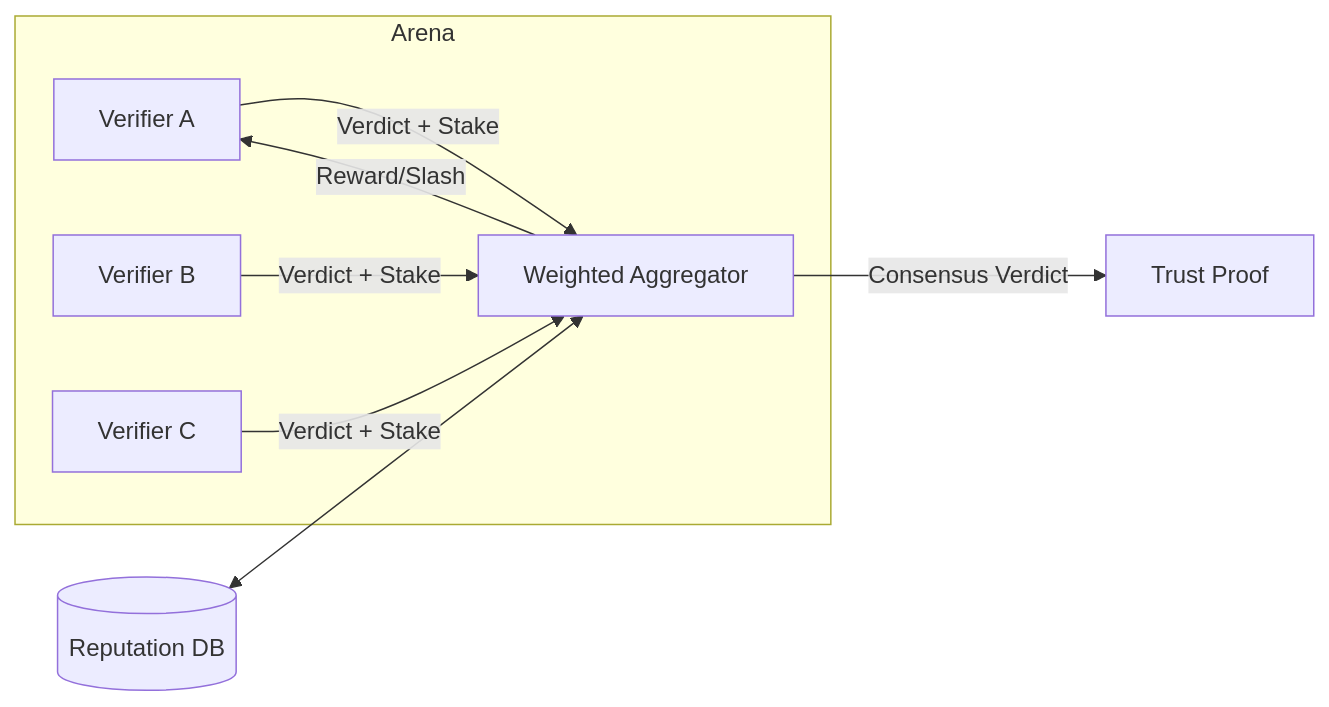
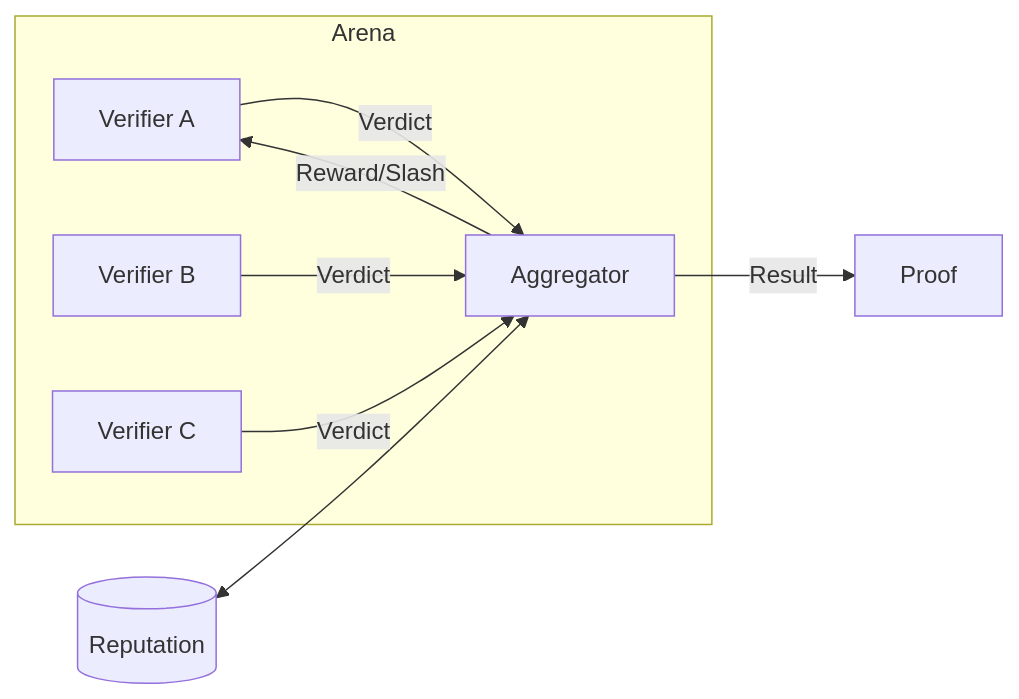
Before and after one commit to giursan/trust402: the third of 3 diagrams in ARCHITECTURE.md, drawn with Mermaid. The commit also changed other lines of this file, not shown here.

Commit message:
fix diagrams

````diff
--- a/ARCHITECTURE.md
+++ b/ARCHITECTURE.md
@@ -41,12 +41,12 @@
 ```mermaid
 graph LR
     subgraph Arena
-    V1[Verifier A] -- "Verdict + Stake" --> AGG[Weighted Aggregator]
-    V2[Verifier B] -- "Verdict + Stake" --> AGG
-    V3[Verifier C] -- "Verdict + Stake" --> AGG
+    V1[Verifier A] -- "Verdict" --> AGG[Aggregator]
+    V2[Verifier B] -- "Verdict" --> AGG
+    V3[Verifier C] -- "Verdict" --> AGG
     end
     
-    REP[(Reputation DB)] <--> AGG
-    AGG -- Consensus Verdict --> TP[Trust Proof]
+    REP[(Reputation)] <--> AGG
+    AGG -- Result --> TP[Proof]
     AGG -- Reward/Slash --> V1
 ```
````
